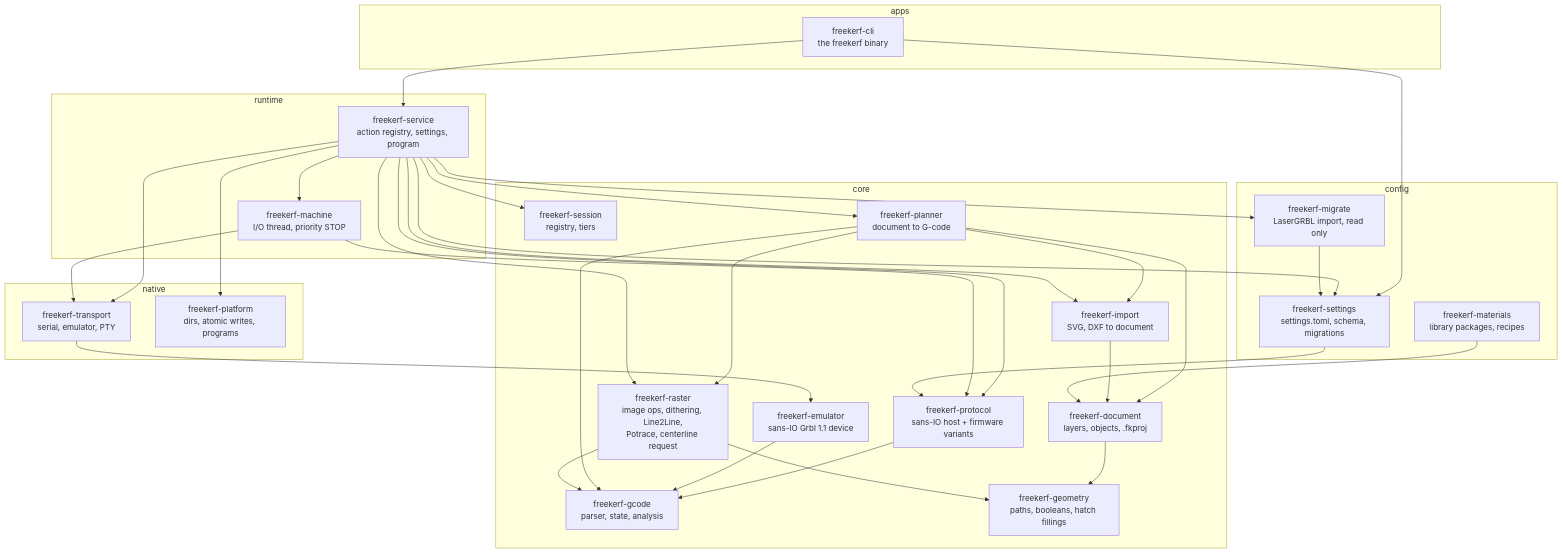
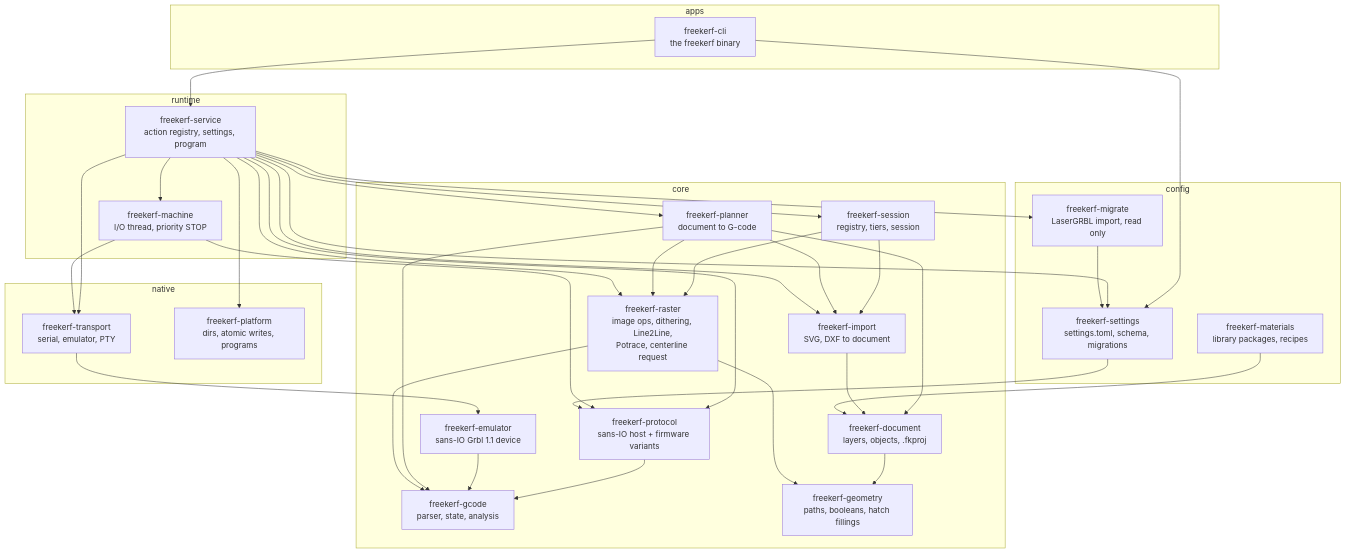
One commit to bochpsico-lang/freekerf changed the first of 2 diagrams in doc/architecture.md. Above: the diagram before and after it, drawn with Mermaid. The commit also changed 13 other files, not shown here.

````diff
--- a/doc/architecture.md
+++ b/doc/architecture.md
@@ -9,58 +9,60 @@
 ```mermaid
 flowchart TB
   subgraph apps
     cli[freekerf-cli<br/>the freekerf binary]
   end
   subgraph runtime
     service[freekerf-service<br/>action registry, settings, program]
     machine[freekerf-machine<br/>I/O thread, priority STOP]
   end
   subgraph native
     transport[freekerf-transport<br/>serial, emulator, PTY]
     platform[freekerf-platform<br/>dirs, atomic writes, programs]
   end
   subgraph config
     settings[freekerf-settings<br/>settings.toml, schema, migrations]
     materials[freekerf-materials<br/>library packages, recipes]
     migrate[freekerf-migrate<br/>LaserGRBL import, read only]
   end
   subgraph core
-    session[freekerf-session<br/>registry, tiers]
+    session[freekerf-session<br/>registry, tiers, session]
     protocol[freekerf-protocol<br/>sans-IO host + firmware variants]
     gcode[freekerf-gcode<br/>parser, state, analysis]
     emulator[freekerf-emulator<br/>sans-IO Grbl 1.1 device]
     geometry[freekerf-geometry<br/>paths, booleans, hatch fillings]
     document[freekerf-document<br/>layers, objects, .fkproj]
     planner[freekerf-planner<br/>document to G-code]
     import[freekerf-import<br/>SVG, DXF to document]
     raster[freekerf-raster<br/>image ops, dithering, Line2Line,<br/>Potrace, centerline request]
   end
   cli --> service
   cli --> settings
   service --> machine
   service --> transport
   service --> platform
   service --> settings
   service --> session
+  session --> import
+  session --> raster
   service --> protocol
   machine --> protocol
   machine --> transport
   transport --> emulator
   settings --> protocol
   protocol --> gcode
   emulator --> gcode
   document --> geometry
   planner --> document
   planner --> gcode
   planner --> raster
   planner --> import
   service --> planner
   service --> import
   import --> document
   raster --> gcode
   raster --> geometry
   service --> raster
   service --> migrate
   migrate --> settings
   materials --> document
 ```
````
